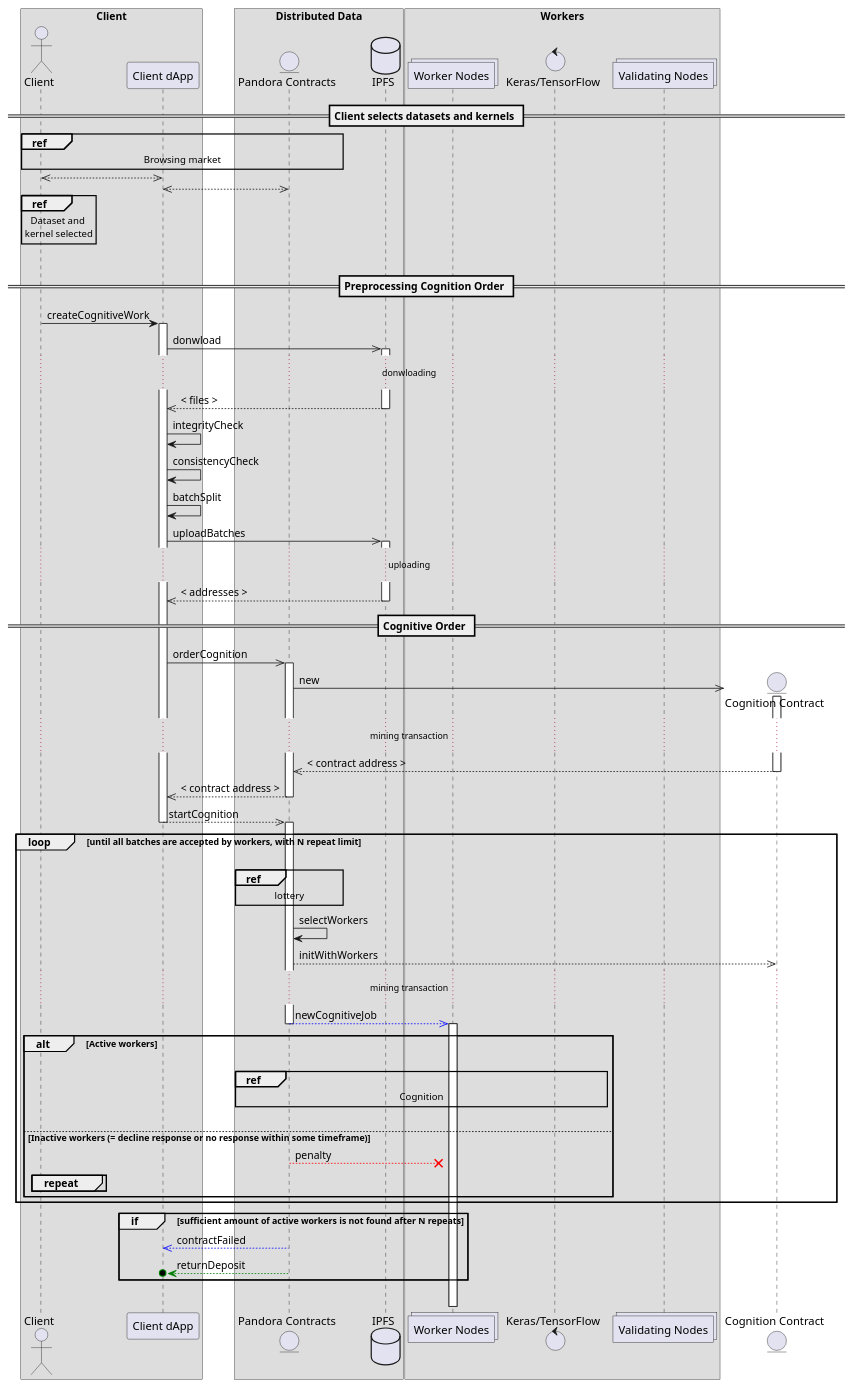
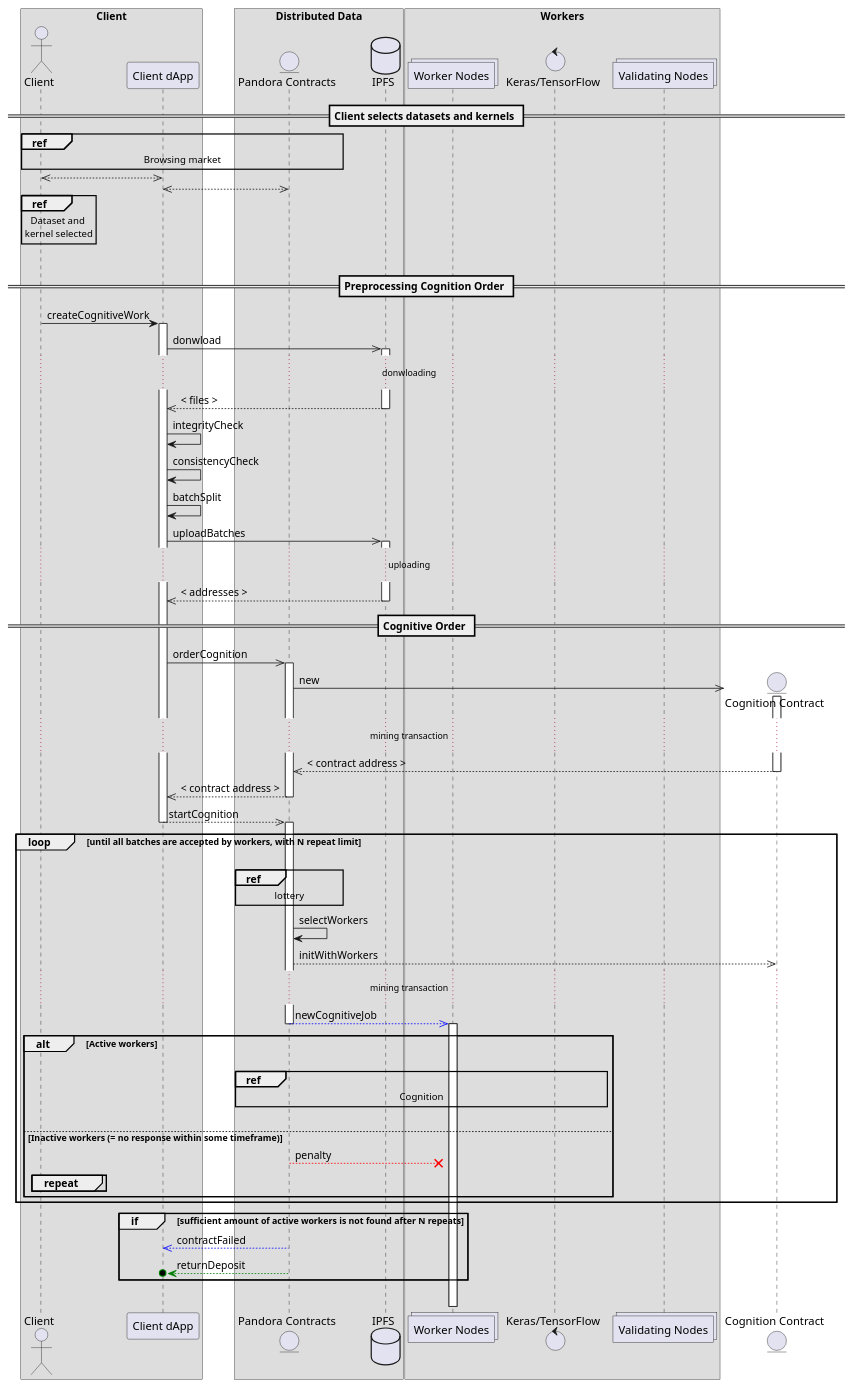
The diagram in sequence_cognition_10.plantuml (pandoraboxchain/pocw-techspecs), drawn with PlantUML before and after one commit.

```diff
--- a/sequence_cognition_10.plantuml
+++ b/sequence_cognition_10.plantuml
@@ -1,94 +1,94 @@
 @startuml
 box "Client"
   actor "Client" as client
   participant "Client dApp" as dapp
 end box
 
 box "Distributed Data"
   entity "Pandora Contracts" as pandora
   database "IPFS" as ipfs
 end box
 
 box "Workers"
   collections "Worker Nodes" as workers
   control "Keras/TensorFlow" as nn
   collections "Validating Nodes" as validators
 end box
 
 == Client selects datasets and kernels ==
 
 ref over client, dapp, pandora: Browsing market
 client <<-->> dapp
 dapp <<-->> pandora
 ref over client
   Dataset and 
   kernel selected
 end ref
 
 |||
 
 == Preprocessing Cognition Order ==
 
 client -> dapp: createCognitiveWork
 activate dapp
 dapp ->> ipfs: donwload
 activate ipfs
 ... donwloading ...
 ipfs -->> dapp: < files >
 deactivate ipfs
 
 dapp -> dapp: integrityCheck
 dapp -> dapp: consistencyCheck
 dapp -> dapp: batchSplit
 dapp ->> ipfs: uploadBatches
 activate ipfs
 ... uploading ...
 ipfs -->> dapp: < addresses >
 deactivate ipfs
 
 == Cognitive Order ==
 
 dapp ->> pandora: orderCognition
 activate pandora
 create entity "Cognition Contract" as cognition
 pandora ->> cognition: new
 activate cognition
 ... mining transaction ...
 cognition -->> pandora: < contract address >
 deactivate cognition
 
 pandora -->> dapp: < contract address >
 deactivate pandora
 
 dapp -->> pandora: startCognition
 deactivate dapp
 activate pandora
 
 loop until all batches are accepted by workers, with N repeat limit
   |||
   ref over pandora: lottery
   pandora -> pandora: selectWorkers
   pandora -->> cognition: initWithWorkers
 ... mining transaction ...
   pandora -[#blue]->> workers: newCognitiveJob
   deactivate pandora
   activate workers
   alt Active workers
     |||
     ref over pandora, nn: Cognition
     |||
-  else Inactive workers (= decline response or no response within some timeframe)
+  else Inactive workers (= no response within some timeframe)
     pandora -[#red]->x workers: penalty
     group repeat
     end
   end
 end
 
 group if [sufficient amount of active workers is not found after N repeats]
   activate pandora
   pandora -[#blue]->> dapp: contractFailed
   pandora -[#green]->o dapp: returnDeposit
   deactivate pandora
 end
 |||
 @enduml
```
